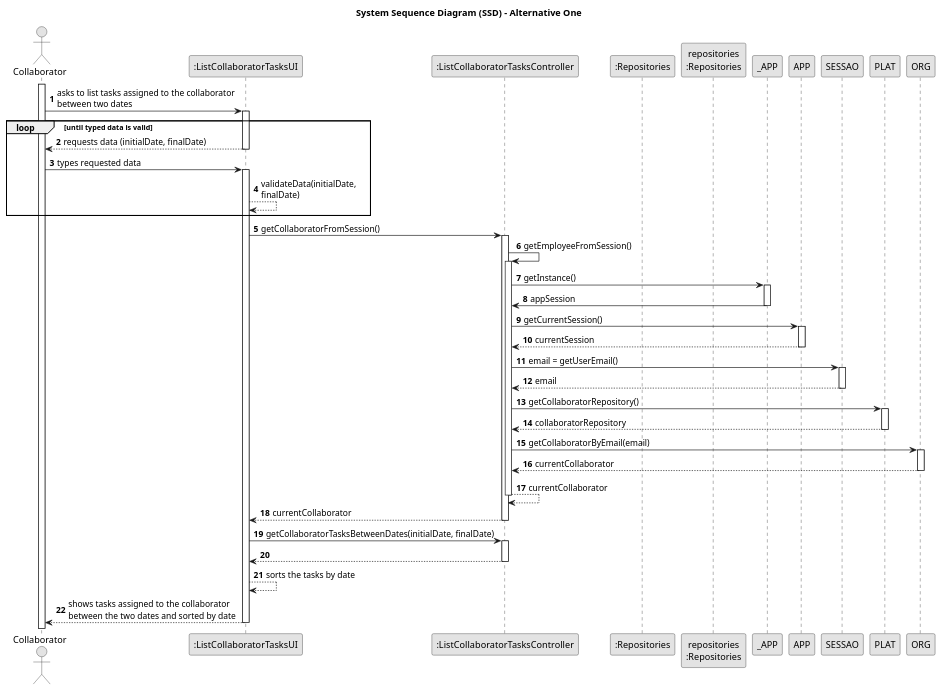
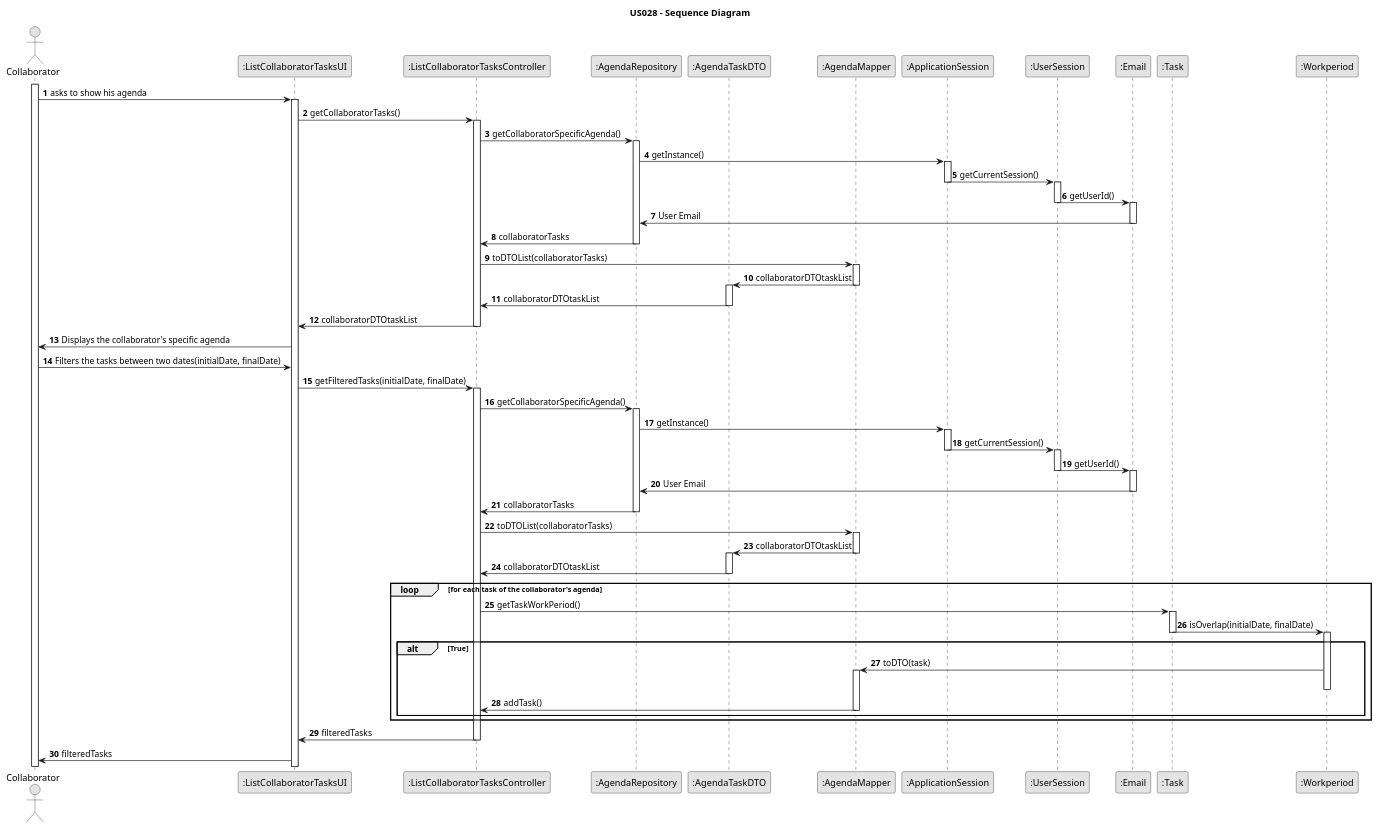
The diagram in docs/sprintC/us028/03.design/puml/us028-sequence-diagram.puml (Rui-San/LAPR2_2023_2024), drawn with PlantUML before and after one commit. The commit also changed 9 other files, not shown here.

Commit message:
US28 & US29 Sequence Diagrams

```diff
--- a/docs/sprintC/us028/03.design/puml/us028-sequence-diagram.puml
+++ b/docs/sprintC/us028/03.design/puml/us028-sequence-diagram.puml
@@ -1,83 +1,112 @@
 @startuml
 skinparam monochrome true
 skinparam packageStyle rectangle
 skinparam shadowing false
 
-title System Sequence Diagram (SSD) - Alternative One
+title US028 - Sequence Diagram
 
 autonumber
 
 actor "Collaborator" as Collaborator
 participant ":ListCollaboratorTasksUI" as UI
 participant ":ListCollaboratorTasksController" as CTRL
-participant ":Repositories" as REPO
-participant "repositories\n:Repositories" as REPOInsctance
+participant ":AgendaRepository" as REPO
+participant ":AgendaTaskDTO" as DTO
+participant ":AgendaMapper" as Mapper
+participant ":ApplicationSession" as AS
+participant ":UserSession" as US
+participant ":Email" as Email
+participant ":Task" as Task
+participant ":Workperiod" as Workperiod
 
 activate Collaborator
 
-    Collaborator -> UI : asks to list tasks assigned to the collaborator\nbetween two dates
+    Collaborator -> UI :asks to show his agenda
     activate UI
+    UI -> CTRL :getCollaboratorTasks()
+    activate CTRL
+    CTRL -> REPO:getCollaboratorSpecificAgenda()
+    activate REPO
+    REPO -> AS:getInstance()
+    activate AS
 
-loop until typed data is valid
-        UI --> Collaborator : requests data (initialDate, finalDate)
-    deactivate UI
+    AS -> US:getCurrentSession()
+    deactivate AS
+    activate US
+    US -> Email:getUserId()
+    deactivate US
+    activate Email
+    Email -> REPO:User Email
+    deactivate Email
 
-    Collaborator -> UI : types requested data
-    activate UI
-        UI --> UI : validateData(initialDate,\nfinalDate)
-end loop
+    REPO -> CTRL: collaboratorTasks
+    deactivate REPO
+    CTRL -> Mapper: toDTOList(collaboratorTasks)
 
-        UI -> CTRL : getCollaboratorFromSession()
-        activate CTRL
-            CTRL -> CTRL : getEmployeeFromSession()
-            activate CTRL
+    activate Mapper
+    Mapper -> DTO: collaboratorDTOtaskList
+    deactivate Mapper
 
-                CTRL -> _APP: getInstance()
-                activate _APP
-                    _APP -> CTRL: appSession
-                deactivate _APP
+    activate DTO
+    DTO -> CTRL: collaboratorDTOtaskList
+    deactivate DTO
+    CTRL -> UI: collaboratorDTOtaskList
 
 
-                CTRL -> APP: getCurrentSession()
-                activate APP
+    deactivate CTRL
+    UI -> Collaborator: Displays the collaborator's specific agenda
 
-                    APP --> CTRL: currentSession
-                deactivate APP
+    Collaborator -> UI: Filters the tasks between two dates(initialDate, finalDate)
 
-                CTRL -> SESSAO: email = getUserEmail()
-                activate SESSAO
-
-                    SESSAO --> CTRL: email
-                deactivate SESSAO
+    UI -> CTRL : getFilteredTasks(initialDate, finalDate)
 
 
-                CTRL -> PLAT: getCollaboratorRepository()
-                activate PLAT
 
-                    PLAT --> CTRL: collaboratorRepository
-                deactivate PLAT
+    activate CTRL
+        CTRL -> REPO:getCollaboratorSpecificAgenda()
+        activate REPO
+        REPO -> AS:getInstance()
+        activate AS
 
-                CTRL -> ORG: getCollaboratorByEmail(email)
-                activate ORG
+        AS -> US:getCurrentSession()
+        deactivate AS
+        activate US
+        US -> Email:getUserId()
+        deactivate US
+        activate Email
+        Email -> REPO:User Email
+        deactivate Email
 
-                    ORG --> CTRL : currentCollaborator
-                deactivate ORG
+        REPO -> CTRL: collaboratorTasks
+        deactivate REPO
+        CTRL -> Mapper: toDTOList(collaboratorTasks)
 
-                CTRL --> CTRL : currentCollaborator
-            deactivate CTRL
+        activate Mapper
+        Mapper -> DTO: collaboratorDTOtaskList
+        deactivate Mapper
 
-            CTRL --> UI : currentCollaborator
-        deactivate CTRL
-
-        UI -> CTRL : getCollaboratorTasksBetweenDates(initialDate, finalDate)
-        activate CTRL
+        activate DTO
+        DTO -> CTRL: collaboratorDTOtaskList
+        deactivate DTO
+        loop for each task of the collaborator's agenda
 
 
-            CTRL --> UI
+        CTRL -> Task: getTaskWorkPeriod()
+        activate Task
+        Task -> Workperiod: isOverlap(initialDate, finalDate)
+        deactivate Task
+        alt True
+        activate Workperiod
+        Workperiod -> Mapper: toDTO(task)
+        activate Mapper
+        deactivate Workperiod
+        Mapper -> CTRL: addTask()
+        deactivate Mapper
+        end
+        end loop
+        CTRL -> UI: filteredTasks
         deactivate CTRL
+        UI -> Collaborator: filteredTasks
 
-        UI--> UI: sorts the tasks by date
-        UI --> Collaborator : shows tasks assigned to the collaborator\nbetween the two dates and sorted by date
-    deactivate UI
 
 @enduml
```
